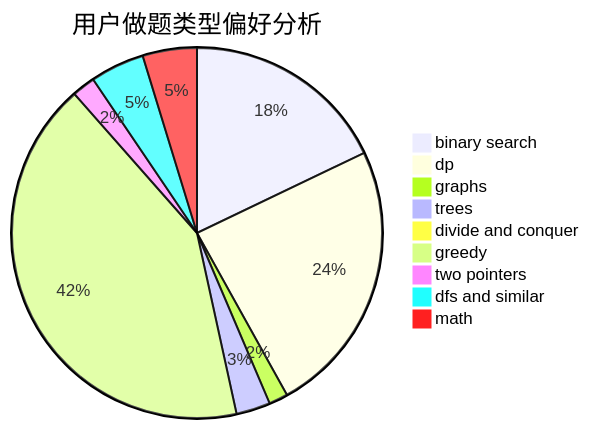
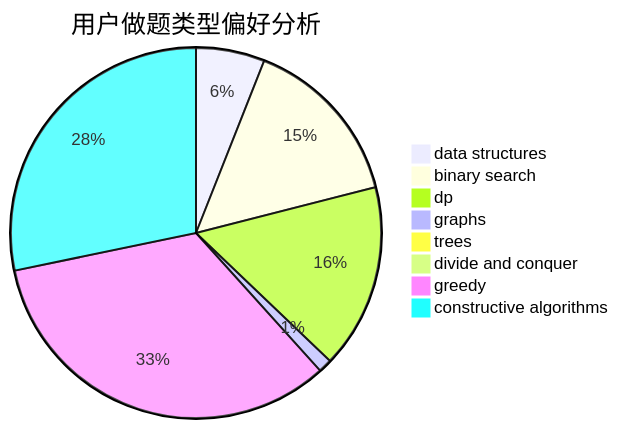
One commit to sherpahu/cfrs.github.io changed the second of 3 diagrams in docs/user/u1163.md. Above: the diagram before and after it, drawn with Mermaid. The commit also changed other lines of this file and 2775 other files, not shown here.

````diff
--- a/docs/user/u1163.md
+++ b/docs/user/u1163.md
@@ -23,12 +23,11 @@
 ```mermaid
 pie title 用户做题类型偏好分析
-    "binary search" :  378
-    "dp" :  508
-    "graphs" :  35
-    "trees" :  63
-    "divide and conquer" :  16
-    "greedy" :  886
-    "two pointers" :  43
-    "dfs and similar" :  100
-    "math" :  100
+    "data structures" :  121
+    "binary search" :  303
+    "dp" :  325
+    "graphs" :  24
+    "trees" :  20
+    "divide and conquer" :  3
+    "greedy" :  674
+    "constructive algorithms" :  570
 ```
````
